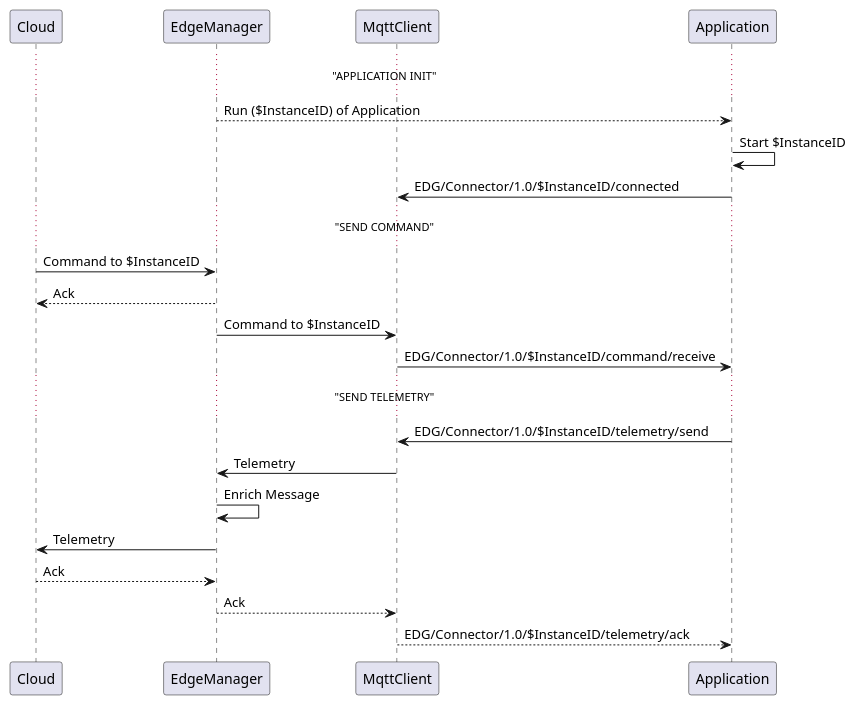
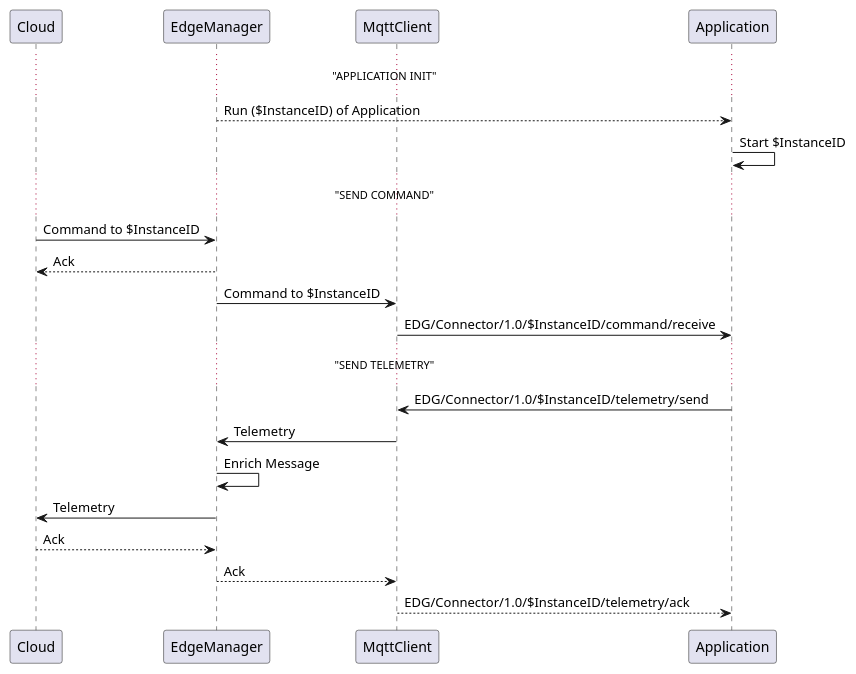
The diagram in EdgeManager/InternalCommandRouting.puml (se-edge/framework-diagrams), drawn with PlantUML before and after one commit.

```diff
--- a/EdgeManager/InternalCommandRouting.puml
+++ b/EdgeManager/InternalCommandRouting.puml
@@ -1,28 +1,27 @@
 @startuml
 
 participant Cloud order 10
 participant EdgeManager order 20
 participant MqttClient order 30
 participant Application order 40
 
 ... "APPLICATION INIT" ...
 EdgeManager --> Application: Run ($InstanceID) of Application
 Application -> Application: Start $InstanceID
-Application -> MqttClient: EDG/Connector/1.0/$InstanceID/connected
 
 ... "SEND COMMAND" ...
 Cloud -> EdgeManager: Command to $InstanceID
 Cloud <-- EdgeManager: Ack
 EdgeManager -> MqttClient: Command to $InstanceID
 MqttClient -> Application: EDG/Connector/1.0/$InstanceID/command/receive
 
 ... "SEND TELEMETRY" ...
 MqttClient <- Application: EDG/Connector/1.0/$InstanceID/telemetry/send
 MqttClient -> EdgeManager: Telemetry
 EdgeManager -> EdgeManager: Enrich Message
 EdgeManager -> Cloud: Telemetry
 Cloud --> EdgeManager: Ack
 EdgeManager --> MqttClient: Ack
 Application <-- MqttClient: EDG/Connector/1.0/$InstanceID/telemetry/ack
 
 @enduml
```
